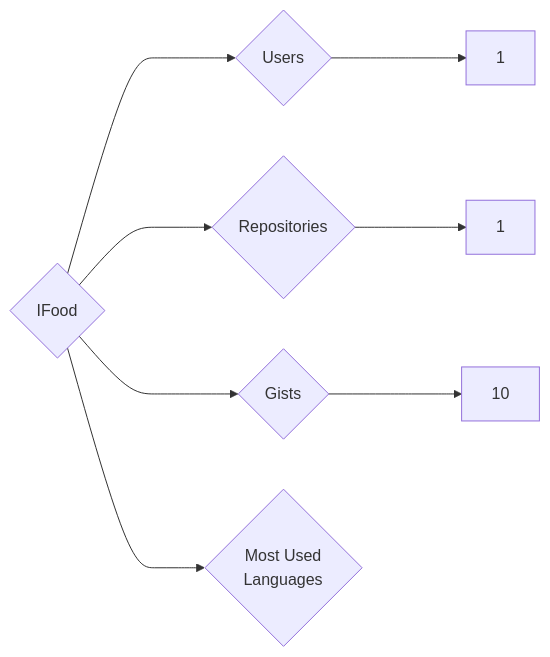
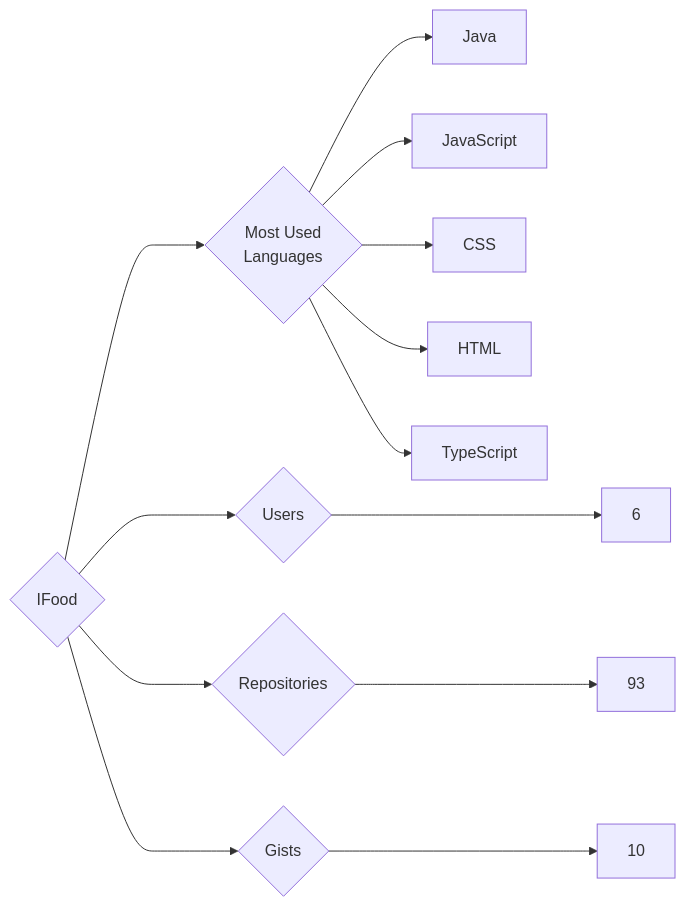
The diagram in targets/IFood/README.md (trickest/insiders), drawn with Mermaid before and after one commit. The commit also changed 1003 other files, not shown here.

````diff
--- a/targets/IFood/README.md
+++ b/targets/IFood/README.md
@@ -3,8 +3,13 @@
 ```mermaid
 graph LR
 COMPANY_NAME{IFood}
-COMPANY_NAME ---> U{Users} ---> UN[1]
-COMPANY_NAME ---> R{Repositories} ---> RN[1]
+COMPANY_NAME ---> U{Users} ---> UN[6]
+COMPANY_NAME ---> R{Repositories} ---> RN[93]
 COMPANY_NAME ---> G{Gists} ---> GN[10]
 COMPANY_NAME ---> ML{Most Used<br>Languages}
+ML --> Java[Java]
+ML --> JavaScript[JavaScript]
+ML --> CSS[CSS]
+ML --> HTML[HTML]
+ML --> TypeScript[TypeScript]
 ```
````
